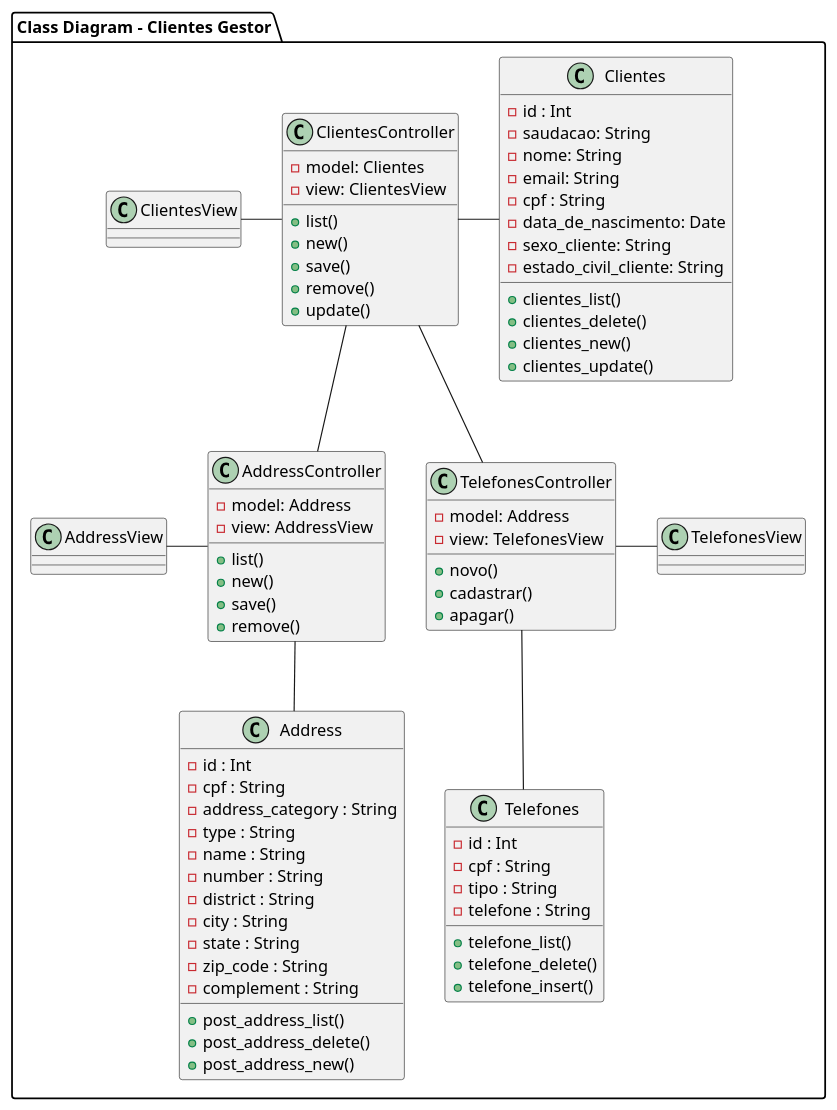
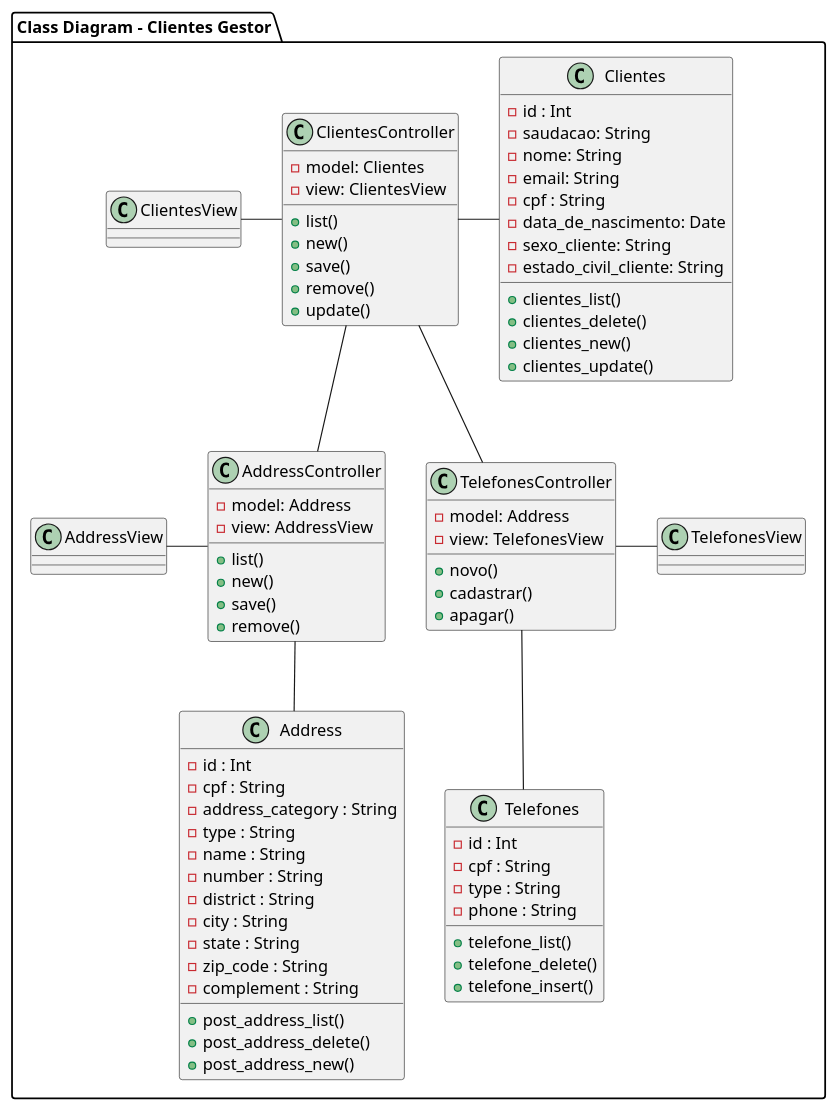
One commit to douglascarlos-dev/Clientes-Gestor changed the diagram in modelagem/diagrama_de_classe.plantuml. Above: the diagram before and after it, drawn with PlantUML. The commit also changed 6 other files, not shown here.

```diff
--- a/modelagem/diagrama_de_classe.plantuml
+++ b/modelagem/diagrama_de_classe.plantuml
@@ -1,88 +1,88 @@
 @startuml Class Diagram
 
 package "Class Diagram - Clientes Gestor" {
 
 ClientesController -left- ClientesView
 ClientesController -right- Clientes
 ClientesController -- AddressController
 ClientesController -- TelefonesController
 
 AddressController -left- AddressView
 AddressController -- Address
 
 TelefonesController -right- TelefonesView
 TelefonesController -- Telefones
 
 class ClientesController {
     -model: Clientes
     -view: ClientesView
     +list()
     +new()
     +save()
     +remove()
     +update()
 }
 
 class Clientes {
     -id : Int
     -saudacao: String
     -nome: String
     -email: String
     -cpf : String
     -data_de_nascimento: Date
     -sexo_cliente: String
     -estado_civil_cliente: String
     +clientes_list()
     +clientes_delete()
     +clientes_new()
     +clientes_update()
 }
 
 class AddressController {
     -model: Address
     -view: AddressView
     +list()
     +new()
     +save()
     +remove()
 }
 
 class TelefonesController {
     -model: Address
     -view: TelefonesView
     +novo()
     +cadastrar()
     +apagar()
 }
 
 class Address {
     -id : Int
     -cpf : String
     -address_category : String
     -type : String
     -name : String
     -number : String
     -district : String
     -city : String
     -state : String
     -zip_code : String
     -complement : String
     +post_address_list()
     +post_address_delete()
     +post_address_new()
 }
 
 class Telefones {
     -id : Int
     -cpf : String
-    -tipo : String
-    -telefone : String
+    -type : String
+    -phone : String
     +telefone_list()
     +telefone_delete()
     +telefone_insert()
 }
 
 class AddressView {
 }
 
 @enduml
```
